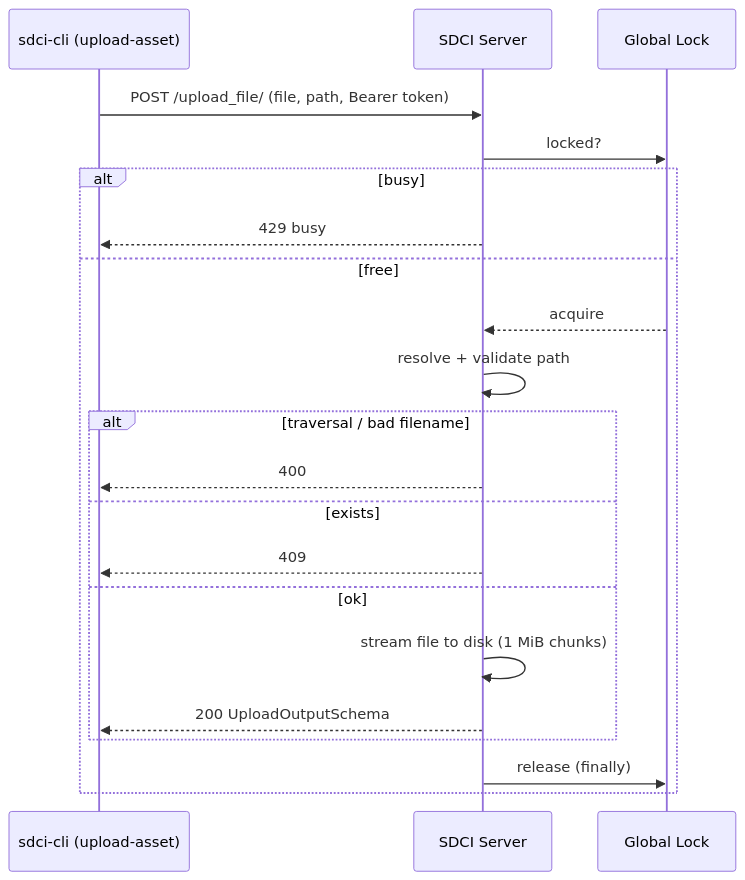
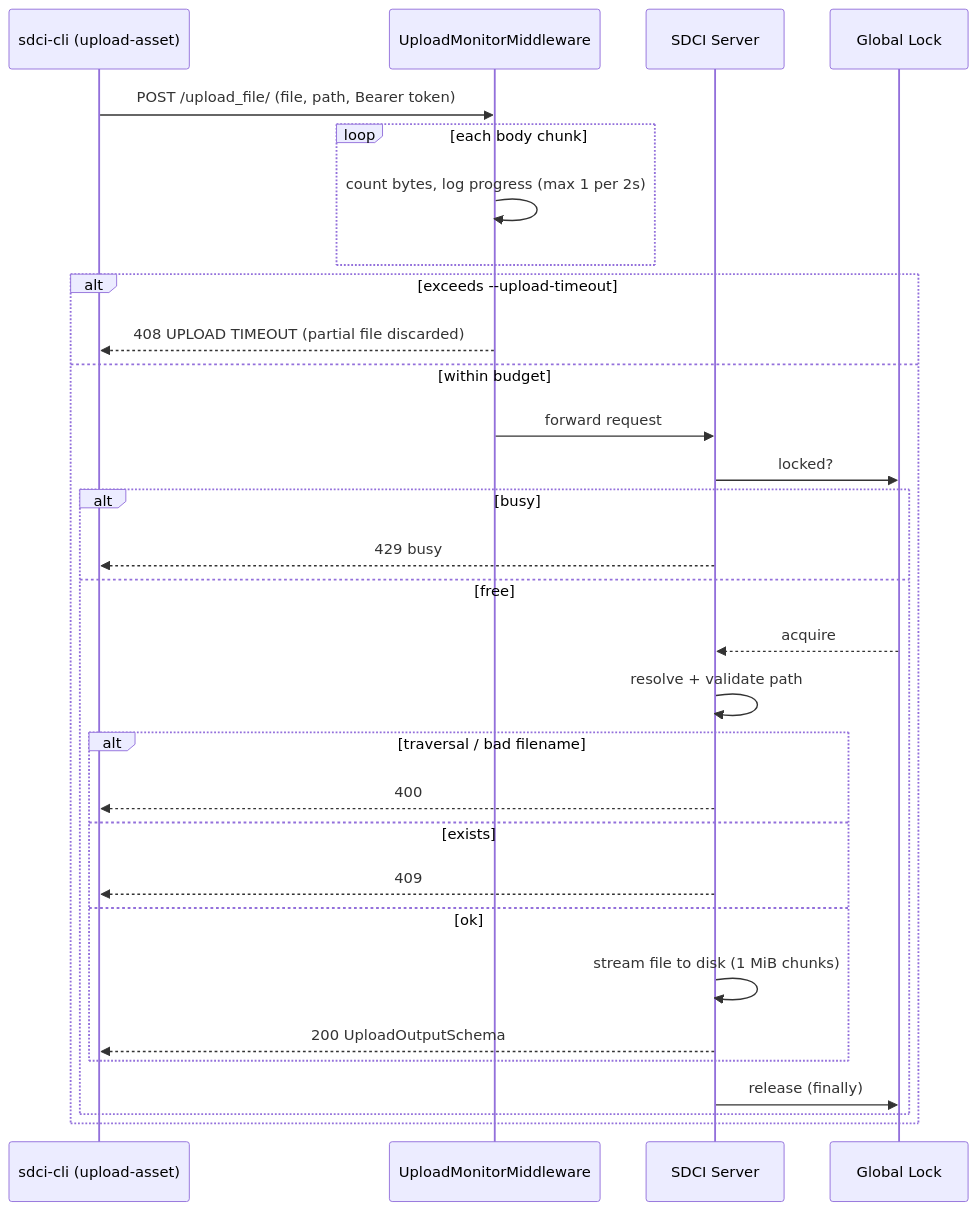
One commit to joepreludian/SDCI changed the diagram in docs/manual/file-upload.md. Above: the diagram before and after it, drawn with Mermaid. The commit also changed other lines of this file and 18 other files, not shown here.

First line of the commit message:
feat: add upload timeouts and server-side transfer progress

````diff
--- a/docs/manual/file-upload.md
+++ b/docs/manual/file-upload.md
@@ -62,23 +114,32 @@
 ```mermaid
 sequenceDiagram
     participant C as sdci-cli (upload-asset)
+    participant M as UploadMonitorMiddleware
     participant S as SDCI Server
     participant L as Global Lock
-    C->>S: POST /upload_file/ (file, path, Bearer token)
-    S->>L: locked?
-    alt busy
-        S-->>C: 429 busy
-    else free
-        L-->>S: acquire
-        S->>S: resolve + validate path
-        alt traversal / bad filename
-            S-->>C: 400
-        else exists
-            S-->>C: 409
-        else ok
-            S->>S: stream file to disk (1 MiB chunks)
-            S-->>C: 200 UploadOutputSchema
+    C->>M: POST /upload_file/ (file, path, Bearer token)
+    loop each body chunk
+        M->>M: count bytes, log progress (max 1 per 2s)
+    end
+    alt exceeds --upload-timeout
+        M-->>C: 408 UPLOAD TIMEOUT (partial file discarded)
+    else within budget
+        M->>S: forward request
+        S->>L: locked?
+        alt busy
+            S-->>C: 429 busy
+        else free
+            L-->>S: acquire
+            S->>S: resolve + validate path
+            alt traversal / bad filename
+                S-->>C: 400
+            else exists
+                S-->>C: 409
+            else ok
+                S->>S: stream file to disk (1 MiB chunks)
+                S-->>C: 200 UploadOutputSchema
+            end
+            S->>L: release (finally)
         end
-        S->>L: release (finally)
     end
 ```
````
